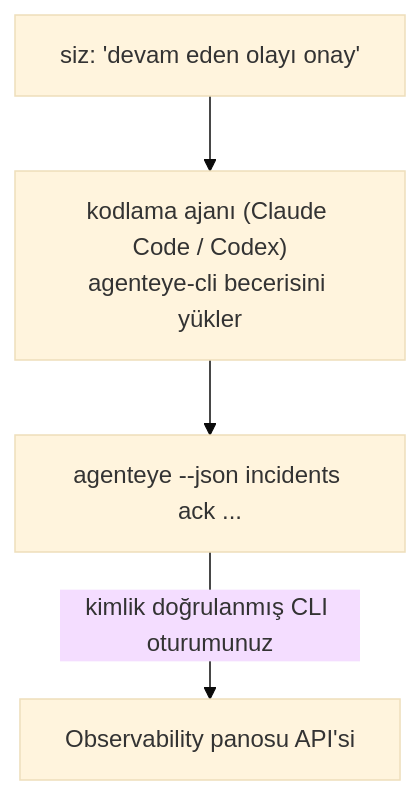
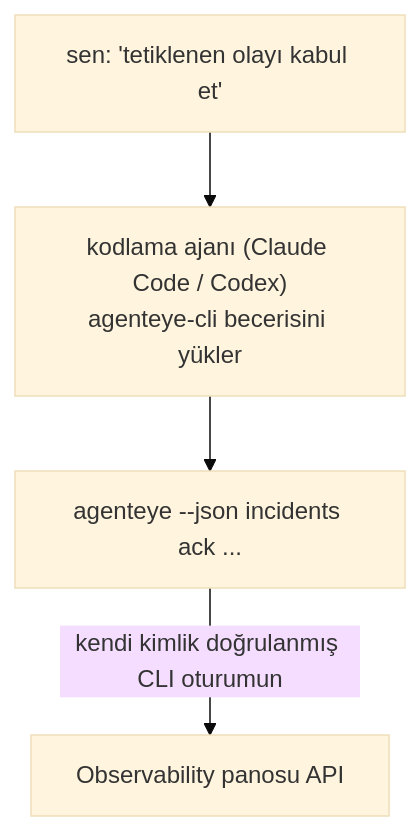
The diagram in docs/tr/agenteye/cli-skill.mdx (FailproofAI/failproofai), drawn with Mermaid (base theme) before and after one commit. The commit also changed other lines of this file and 654 other files, not shown here.

````diff
--- a/docs/tr/agenteye/cli-skill.mdx
+++ b/docs/tr/agenteye/cli-skill.mdx
@@ -29,6 +27,6 @@
 ```mermaid
 flowchart TD
-    YOU["siz: 'devam eden olayı onay'"] --> AGENT["kodlama ajanı (Claude Code / Codex)<br/>agenteye-cli becerisini yükler"]
+    YOU["sen: 'tetiklenen olayı kabul et'"] --> AGENT["kodlama ajanı (Claude Code / Codex)<br/>agenteye-cli becerisini yükler"]
     AGENT --> CLI["agenteye --json incidents ack ..."]
-    CLI -->|kimlik doğrulanmış CLI oturumunuz| API["Observability panosu API'si"]
+    CLI -->|kendi kimlik doğrulanmış CLI oturumun| API["Observability panosu API"]
 ```
````
